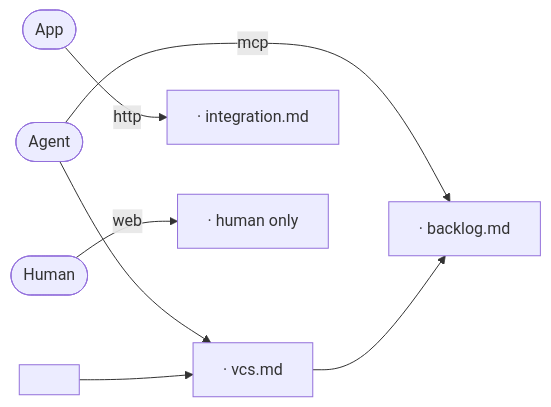
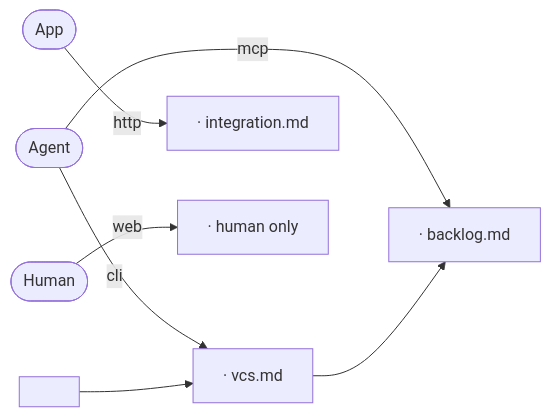
One commit to ai-driven-dev/framework changed the diagram in plugins/aidd-context/skills/02-project-memory/assets/templates/memory/ecosystem/ecosystem.md. Above: the diagram before and after it, drawn with Mermaid. The commit also changed other lines of this file and 6 other files, not shown here.

Commit message:
docs(aidd-context): keep cli as the access mode, the command in memory

````diff
--- a/plugins/aidd-context/skills/02-project-memory/assets/templates/memory/ecosystem/ecosystem.md
+++ b/plugins/aidd-context/skills/02-project-memory/assets/templates/memory/ecosystem/ecosystem.md
@@ -3,19 +3,19 @@
 ```mermaid
 flowchart LR
   Human([Human])
   Agent([Agent])
   App([App])
   Vcs["<vcs platform> · vcs.md"]
   Tracker["<tracker> · backlog.md"]
   Service["<runtime service> · integration.md"]
   Chat["<tool> · human only"]
   Bot["<autonomous tool>"]
 
-  Agent -- "<command>" --> Vcs
+  Agent -- cli --> Vcs
   Agent -- mcp --> Tracker
   App -- http --> Service
   Human -- web --> Chat
 
   Vcs -- "<trigger>" --> Tracker
   Bot -- "<trigger>" --> Vcs
 ```
````
